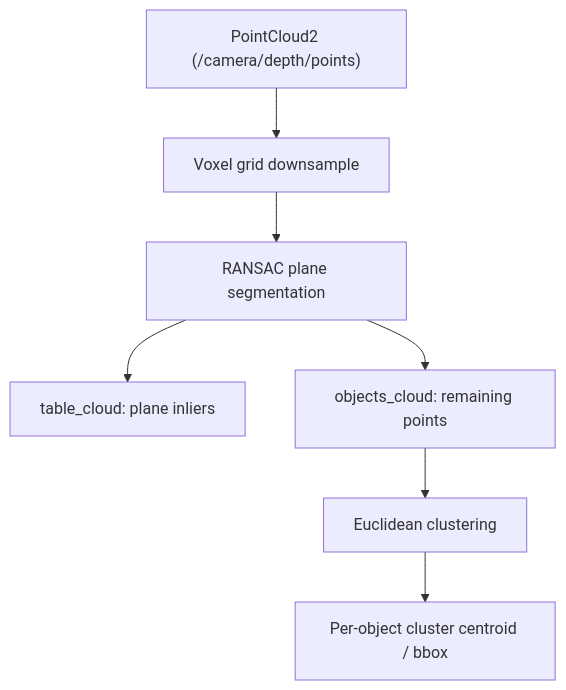
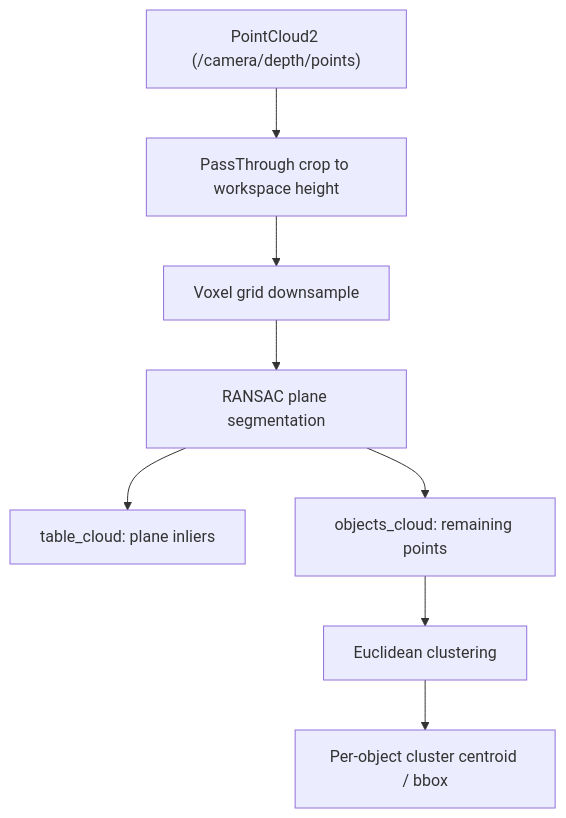
The diagram in 07perception/ros-perception-in-5-days/04-surface-and-object-recognition.md (jgyy/robotcon), drawn with Mermaid before and after one commit. The commit also changed other lines of this file and 27 other files, not shown here.

````diff
--- a/07perception/ros-perception-in-5-days/04-surface-and-object-recognition.md
+++ b/07perception/ros-perception-in-5-days/04-surface-and-object-recognition.md
@@ -7,9 +7,10 @@
 ```mermaid
 flowchart TD
-    A["PointCloud2 (/camera/depth/points)"] --> B[Voxel grid downsample]
+    A["PointCloud2 (/camera/depth/points)"] --> P[PassThrough crop to workspace height]
+    P --> B[Voxel grid downsample]
     B --> C[RANSAC plane segmentation]
     C --> D["table_cloud: plane inliers"]
     C --> E["objects_cloud: remaining points"]
     E --> F[Euclidean clustering]
     F --> G["Per-object cluster centroid / bbox"]
 ```
````
